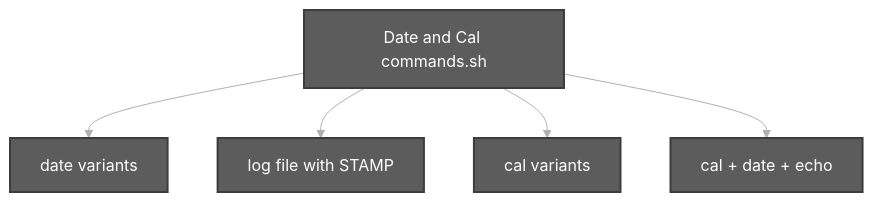
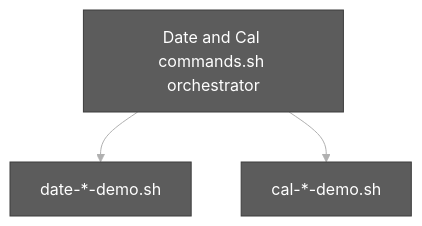
One commit to chaitussm/Linux-Basics changed the second of 2 diagrams in scripts-execution-summary/DateandCal Execution summary.md. Above: the diagram before and after it, drawn with Mermaid. The commit also changed other lines of this file and 10 other files, not shown here.

````diff
--- a/scripts-execution-summary/DateandCal Execution summary.md
+++ b/scripts-execution-summary/DateandCal Execution summary.md
@@ -38,12 +14,7 @@
 ```mermaid
 %%{init: {'theme': 'base', 'themeVariables': {'primaryColor': '#5c5c5c', 'primaryTextColor': '#ffffff', 'primaryBorderColor': '#3d3d3d', 'lineColor': '#b0b0b0'}}}%%
 flowchart TD
-    S[Date and Cal commands.sh]
-    S --> D[date variants]
-    S --> L[log file with STAMP]
-    S --> C[cal variants]
-    S --> T[cal + date + echo]
-
-    classDef darkGrey fill:#5c5c5c,stroke:#3d3d3d,color:#ffffff,stroke-width:2px
-    class S,D,L,C,T darkGrey
+    O[Date and Cal commands.sh orchestrator]
+    O --> D[date-*-demo.sh]
+    O --> C[cal-*-demo.sh]
 ```
````
